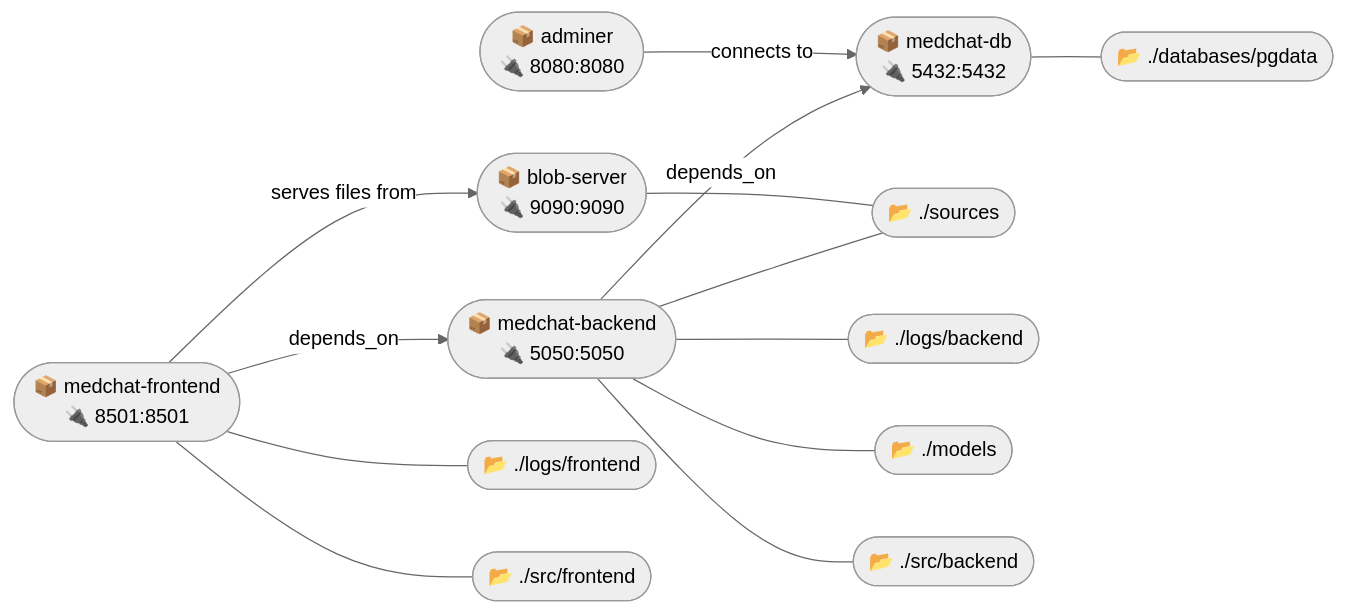
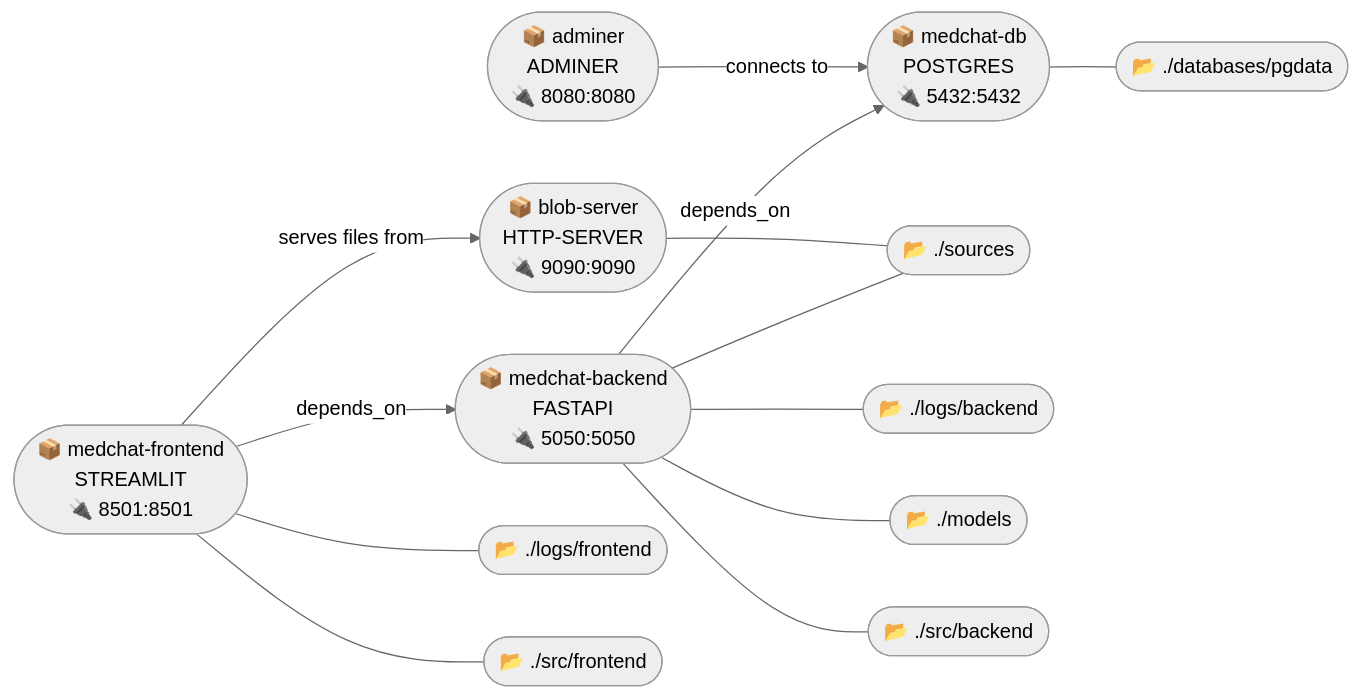
One commit to elenabeat/medchat changed the diagram in README.md. Above: the diagram before and after it, drawn with Mermaid (neutral theme). The commit also changed other lines of this file and 4 other files, not shown here.

````diff
--- a/README.md
+++ b/README.md
@@ -22,44 +22,46 @@
 ```mermaid
 flowchart LR
     %% Containers with Ports
     Backend(["📦 medchat-backend
+    FASTAPI
     🔌 5050:5050"])
     Frontend(["📦 medchat-frontend
+    STREAMLIT
     🔌 8501:8501"])
     DB(["📦 medchat-db
+    POSTGRES
     🔌 5432:5432"])
     Adminer(["📦 adminer
+    ADMINER
     🔌 8080:8080"])
     Blob(["📦 blob-server
+    HTTP-SERVER
     🔌 9090:9090"])
 
     %% Volumes
     Sources(["📂 ./sources"])
     LogsBackend(["📂 ./logs/backend"])
     LogsFrontend(["📂 ./logs/frontend"])
     Models(["📂 ./models"])
     SrcBackend(["📂 ./src/backend"])
     SrcFrontend(["📂 ./src/frontend"])
     PGData(["📂 ./databases/pgdata"])
 
     %% Dependencies
     Backend -->|depends_on| DB
     Frontend -->|depends_on| Backend
     Frontend -->|serves files from| Blob
     Adminer -->|connects to| DB
 
     %% Volume Mounts
     Backend --- Sources
     Backend --- LogsBackend
     Backend --- Models
     Backend --- SrcBackend
 
     Frontend --- LogsFrontend
     Frontend --- SrcFrontend
 
     DB --- PGData
     Blob --- Sources
-
-
-
 ```
````
